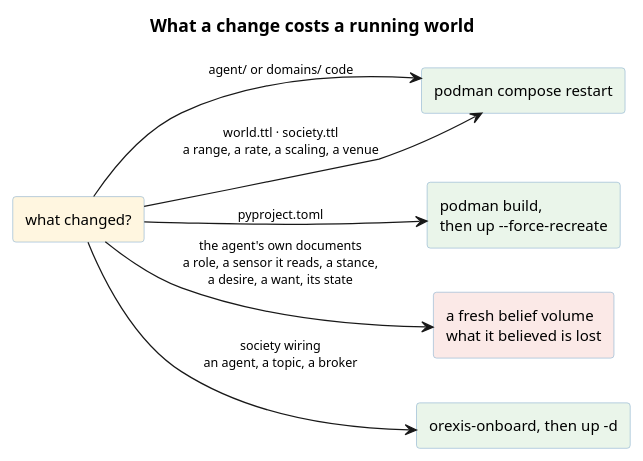
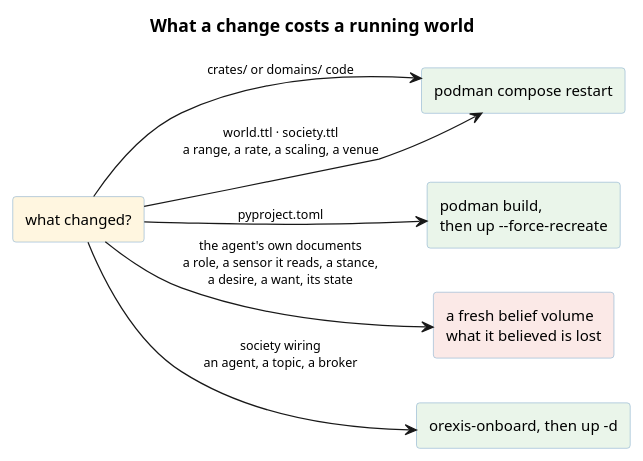
The diagram in knowledge/diagrams/runbook-change-costs.puml (ShishkinDmitriy/orexis), drawn with PlantUML before and after one commit. The commit also changed 658 other files, not shown here.

```diff
--- a/knowledge/diagrams/runbook-change-costs.puml
+++ b/knowledge/diagrams/runbook-change-costs.puml
@@ -1,29 +1,29 @@
 @startuml runbook-change-costs
 title What a change costs a running world
 left to right direction
 
 skinparam shadowing false
 skinparam defaultFontSize 12
 skinparam titleFontSize 14
 skinparam ArrowFontSize 10
 skinparam rectangle {
   BackgroundColor #FFFFFF
   BorderColor #8FB4D0
 }
 skinparam frame {
   BackgroundColor #F4F8FB
   BorderColor #5B8DB8
 }
 
 rectangle "what changed?" as C #FFF6E0
 rectangle "podman compose restart" as R #EAF5EA
 rectangle "podman build,\nthen up --force-recreate" as B #EAF5EA
 rectangle "a fresh belief volume\nwhat it believed is lost" as V #FBE9E7
 rectangle "orexis-onboard, then up -d" as O #EAF5EA
 
-C --> R : agent/ or domains/ code
+C --> R : crates/ or domains/ code
 C --> R : world.ttl · society.ttl\na range, a rate, a scaling, a venue
 C --> B : pyproject.toml
 C --> V : the agent's own documents\na role, a sensor it reads, a stance,\na desire, a want, its state
 C --> O : society wiring\nan agent, a topic, a broker
 @enduml
```
